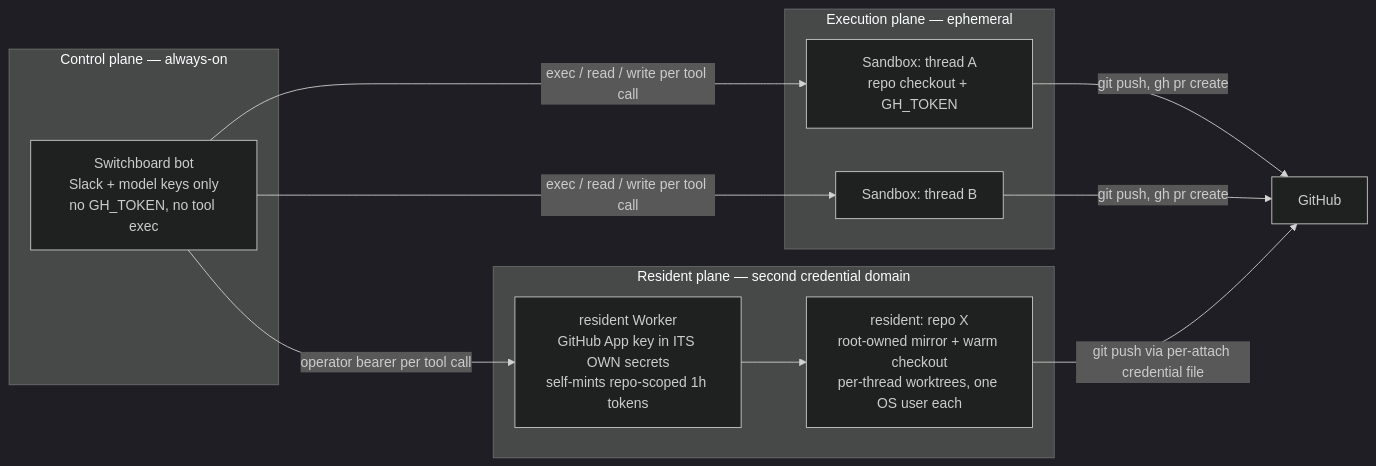
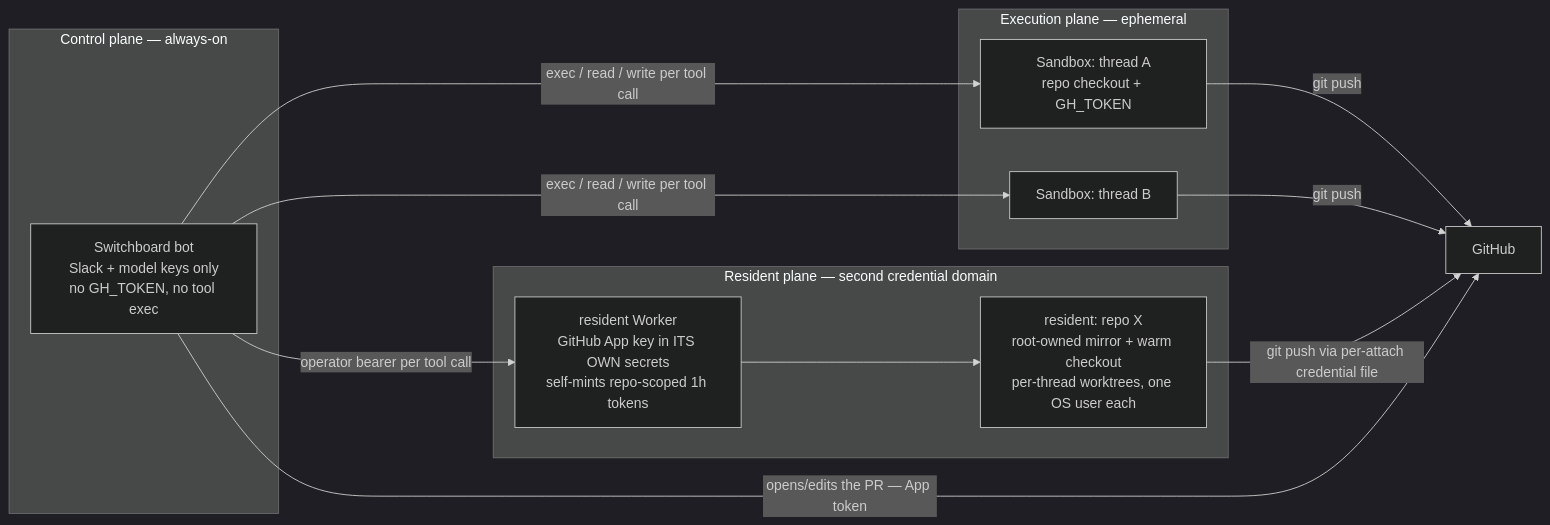
One commit to coreplanelabs/switchboard changed the third of 4 diagrams in README.md. Above: the diagram before and after it, drawn with Mermaid (dark theme). The commit also changed other lines of this file and 12 other files, not shown here.

````diff
--- a/README.md
+++ b/README.md
@@ -135,18 +135,19 @@
 ```mermaid
 flowchart LR
     subgraph cp ["Control plane — always-on"]
         BOT["Switchboard bot<br/>Slack + model keys only<br/>no GH_TOKEN, no tool exec"]
     end
     subgraph ep ["Execution plane — ephemeral"]
         S1["Sandbox: thread A<br/>repo checkout + GH_TOKEN"]
         S2["Sandbox: thread B"]
     end
     subgraph rp ["Resident plane — second credential domain"]
         RW["resident Worker<br/>GitHub App key in ITS OWN secrets<br/>self-mints repo-scoped 1h tokens"]
         RD["resident: repo X<br/>root-owned mirror + warm checkout<br/>per-thread worktrees, one OS user each"]
     end
     BOT -->|exec / read / write per tool call| S1 & S2
     BOT -->|operator bearer per tool call| RW --> RD
-    S1 & S2 -->|git push, gh pr create| GH["GitHub"]
+    S1 & S2 -->|git push| GH["GitHub"]
     RD -->|git push via per-attach credential file| GH
+    BOT -->|opens/edits the PR — App token| GH
 ```
````
